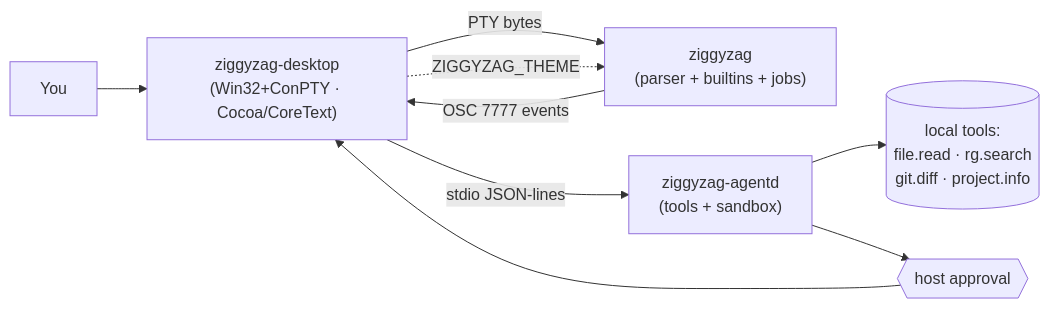
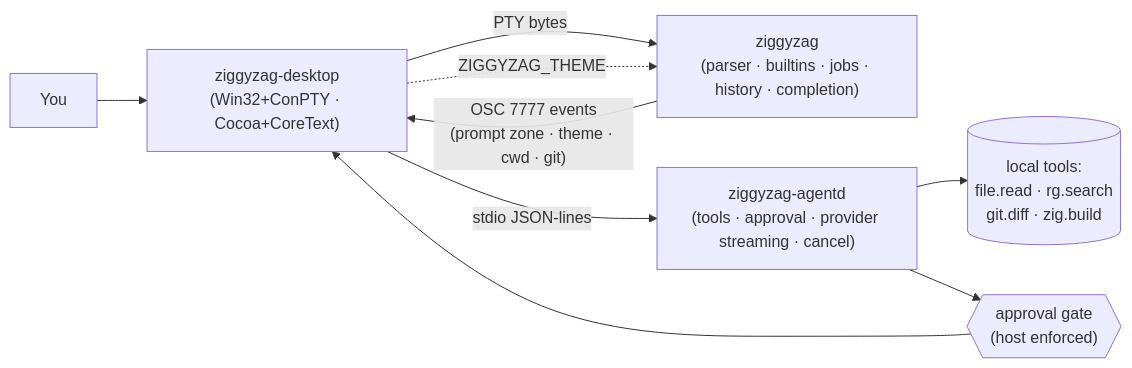
Before and after one commit to PascalAI2024/ZiggyZag: the first of 2 diagrams in README.md, drawn with Mermaid. The commit also changed other lines of this file and 3 other files, not shown here.

````diff
--- a/README.md
+++ b/README.md
@@ -102,11 +107,11 @@
 ```mermaid
 flowchart LR
-    user["You"] --> term["ziggyzag-desktop\n(Win32+ConPTY · Cocoa/CoreText)"]
-    term -- "PTY bytes" --> shell["ziggyzag\n(parser + builtins + jobs)"]
-    shell -- "OSC 7777 events" --> term
-    term -- "stdio JSON-lines" --> agent["ziggyzag-agentd\n(tools + sandbox)"]
+    user["You"] --> term["ziggyzag-desktop\n(Win32+ConPTY · Cocoa+CoreText)"]
+    term -- "PTY bytes" --> shell["ziggyzag\n(parser · builtins · jobs · history · completion)"]
+    shell -- "OSC 7777 events\n(prompt zone · theme · cwd · git)" --> term
+    term -- "stdio JSON-lines" --> agent["ziggyzag-agentd\n(tools · approval · provider streaming · cancel)"]
     term -. "ZIGGYZAG_THEME" .-> shell
-    agent --> tools[("local tools:\nfile.read · rg.search\ngit.diff · project.info")]
-    agent --> approval{{"host approval"}}
+    agent --> tools[("local tools:\nfile.read · rg.search\ngit.diff · zig.build")]
+    agent --> approval{{"approval gate\n(host enforced)"}}
     approval --> term
 ```
````
